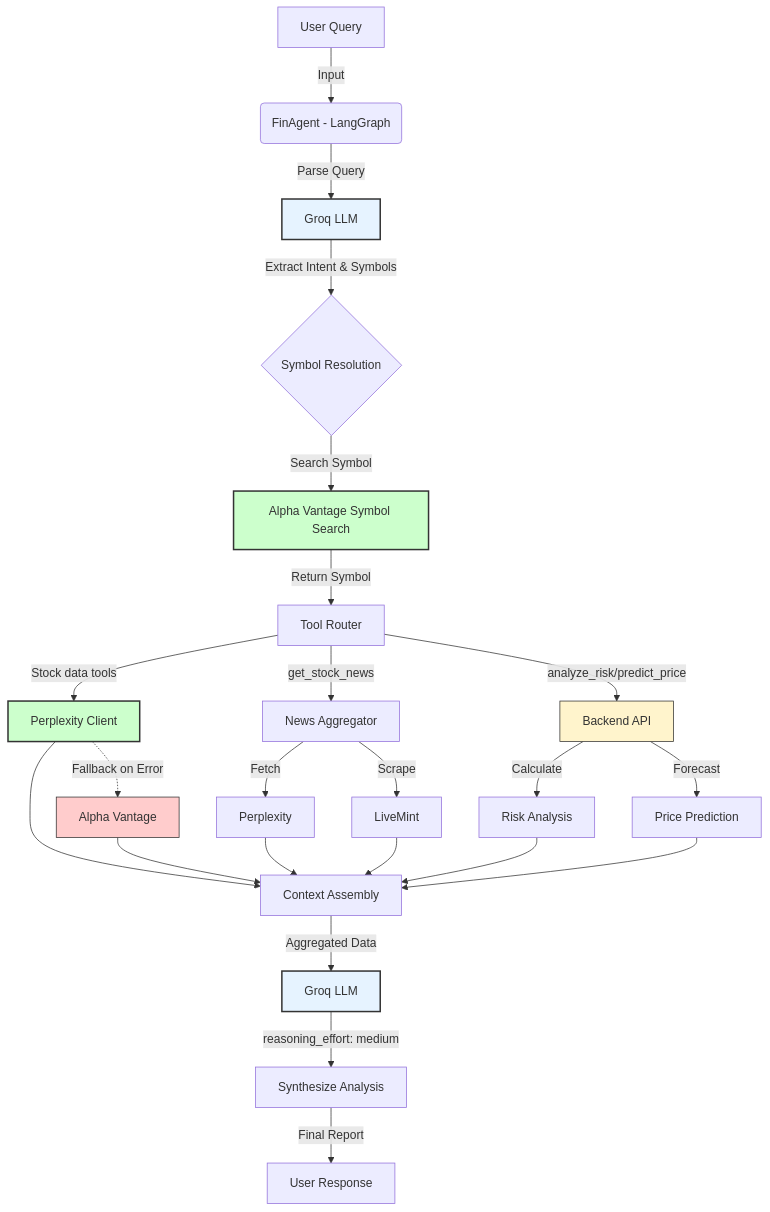
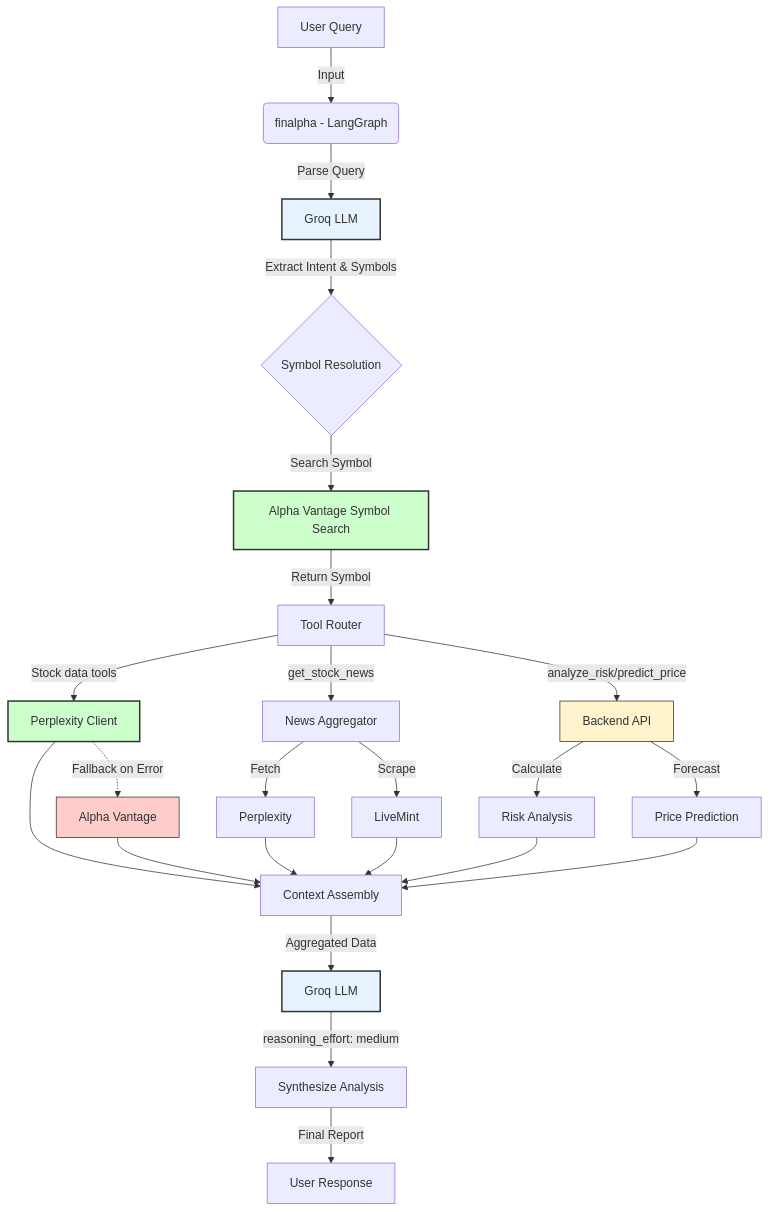
Before and after one commit to Shreyas-prog108/fin-alpha: the diagram in README.md, drawn with Mermaid. The commit also changed other lines of this file and 5 other files, not shown here.

````diff
--- a/README.md
+++ b/README.md
@@ -46,38 +46,38 @@
 ```mermaid
 graph TD
-    A[User Query] -->|Input| B(FinAgent - LangGraph)
+    A[User Query] -->|Input| B(finalpha - LangGraph)
     B -->|Parse Query| C[Groq LLM]
     C -->|Extract Intent & Symbols| D{Symbol Resolution}
   
     D -->|Search Symbol| E[Alpha Vantage Symbol Search]
     E -->|Return Symbol| F[Tool Router]
   
     F -->|Stock data tools| G[Perplexity Client]
     G -.->|Fallback on Error| H[Alpha Vantage]
   
     F -->|get_stock_news| I[News Aggregator]
     I -->|Fetch| J1[Perplexity]
     I -->|Scrape| J2[LiveMint]
   
     F -->|analyze_risk/predict_price| K[Backend API]
     K -->|Calculate| L1[Risk Analysis]
     K -->|Forecast| L2[Price Prediction]
   
     G --> M[Context Assembly]
     H --> M
     J1 --> M
     J2 --> M
     L1 --> M
     L2 --> M
   
     M -->|Aggregated Data| N[Groq LLM]
     N -->|reasoning_effort: medium| O[Synthesize Analysis]
     O -->|Final Report| P[User Response]
   
     style E fill:#ccffcc,stroke:#333,stroke-width:2px
     style G fill:#ccffcc,stroke:#333,stroke-width:2px
     style H fill:#ffcccc,stroke:#333
     style C fill:#e6f3ff,stroke:#333,stroke-width:2px
     style N fill:#e6f3ff,stroke:#333,stroke-width:2px
     style K fill:#fff4cc,stroke:#333
 ```
````
